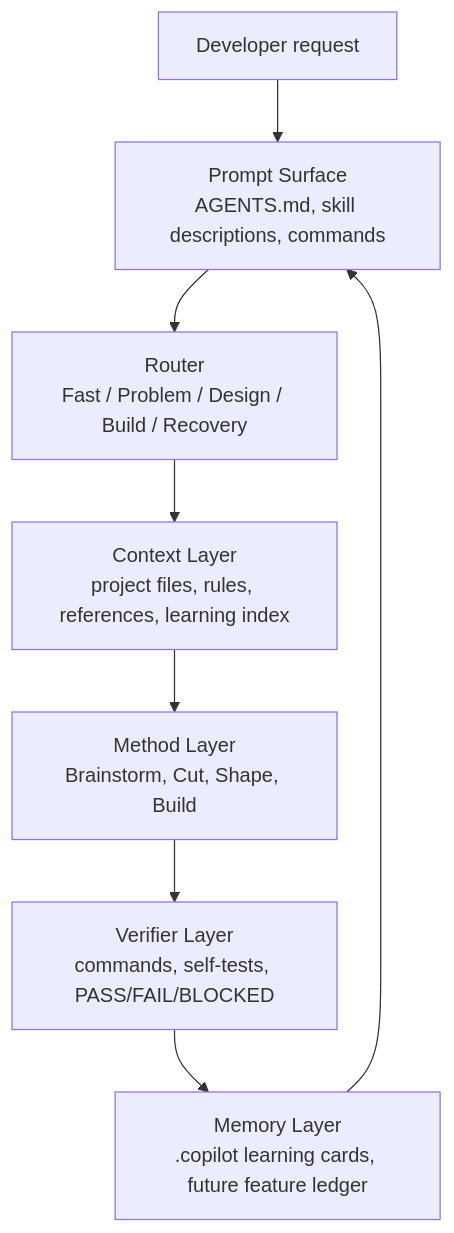
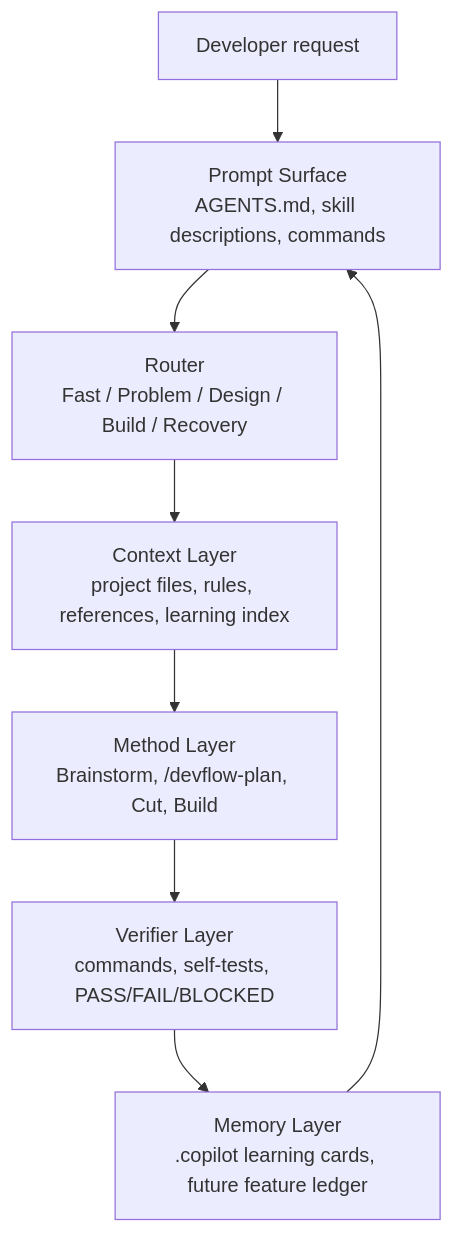
Before and after one commit to huangwen-changdu/DevFlow-Core: the diagram in docs/PRD.md, drawn with Mermaid. The commit also changed other lines of this file and 36 other files, not shown here.

````diff
--- a/docs/PRD.md
+++ b/docs/PRD.md
@@ -56,10 +56,10 @@
 ```mermaid
 flowchart TD
   U["Developer request"] --> P["Prompt Surface\nAGENTS.md, skill descriptions, commands"]
   P --> R["Router\nFast / Problem / Design / Build / Recovery"]
   R --> C["Context Layer\nproject files, rules, references, learning index"]
-  C --> B["Method Layer\nBrainstorm, Cut, Shape, Build"]
+  C --> B["Method Layer\nBrainstorm, /devflow-plan, Cut, Build"]
   B --> V["Verifier Layer\ncommands, self-tests, PASS/FAIL/BLOCKED"]
   V --> M["Memory Layer\n.copilot learning cards, future feature ledger"]
   M --> P
 ```
````
